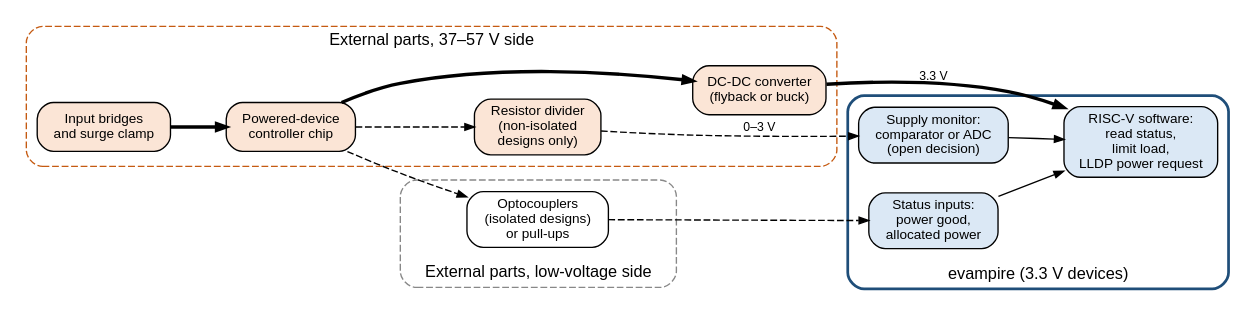
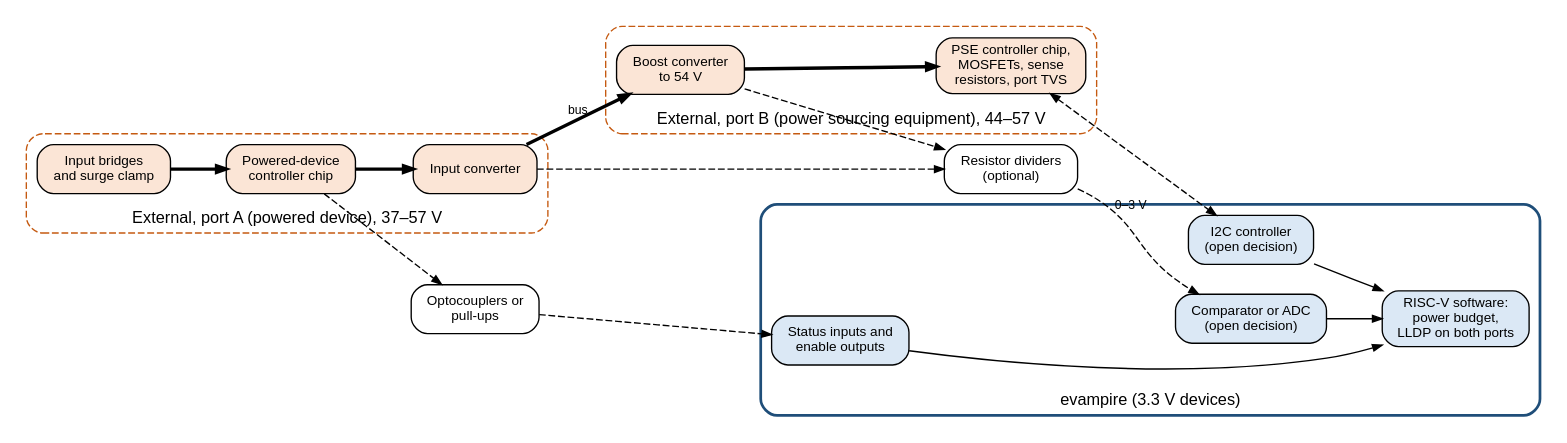
The diagram in docs/power/poe/split.dot (mithro/evampire), drawn with Graphviz before and after one commit. The commit also changed 3 other files, not shown here.

First line of the commit message:
Add power sourcing equipment and dual-role port diagrams

```diff
--- a/docs/power/poe/split.dot
+++ b/docs/power/poe/split.dot
@@ -1,45 +1,55 @@
 // Recommended split of Power over Ethernet functions between external
-// parts and evampire. Bold arrows: power. Dashed arrows: status signals.
+// parts and evampire, for both port roles. Bold arrows: power. Dashed
+// arrows: status and control.
 //
 // SPDX-License-Identifier: Apache-2.0
 
 digraph poe_split {
     graph [rankdir=LR, fontname="Helvetica", fontsize=12, nodesep=0.3,
            ranksep=0.55, newrank=true];
     node  [shape=box, style="rounded,filled", fillcolor="#f2f2f2",
            fontname="Helvetica", fontsize=10];
     edge  [fontname="Helvetica", fontsize=9, arrowsize=0.7];
 
-    subgraph cluster_hv {
-        label="External parts, 37–57 V side"; style="rounded,dashed";
-        color="#c55a11";
+    subgraph cluster_pd {
+        label="External, port A (powered device), 37–57 V";
+        labelloc="b"; style="rounded,dashed"; color="#c55a11";
         bridges [label="Input bridges\nand surge clamp", fillcolor="#fbe5d6"];
         pdc     [label="Powered-device\ncontroller chip", fillcolor="#fbe5d6"];
-        conv    [label="DC-DC converter\n(flyback or buck)", fillcolor="#fbe5d6"];
-        div     [label="Resistor divider\n(non-isolated\ndesigns only)", fillcolor="#fbe5d6"];
+        conv    [label="Input converter", fillcolor="#fbe5d6"];
     }
 
-    subgraph cluster_if {
-        label="External parts, low-voltage side"; labelloc="b"; style="rounded,dashed";
-        color="#888888";
-        opto [label="Optocouplers\n(isolated designs)\nor pull-ups", fillcolor="#ffffff"];
+    subgraph cluster_pse {
+        label="External, port B (power sourcing equipment), 44–57 V";
+        labelloc="b"; style="rounded,dashed"; color="#c55a11";
+        boost [label="Boost converter\nto 54 V", fillcolor="#fbe5d6"];
+        psec  [label="PSE controller chip,\nMOSFETs, sense\nresistors, port TVS", fillcolor="#fbe5d6"];
     }
+
+    div [label="Resistor dividers\n(optional)", fillcolor="#ffffff"];
+    opto [label="Optocouplers or\npull-ups", fillcolor="#ffffff"];
 
     subgraph cluster_chip {
         label="evampire (3.3 V devices)"; labelloc="b"; style="rounded,bold";
         color="#1f4e79";
-        gpio [label="Status inputs:\npower good,\nallocated power", fillcolor="#dbe8f5"];
-        adc  [label="Supply monitor:\ncomparator or ADC\n(open decision)", fillcolor="#dbe8f5"];
-        cpu  [label="RISC-V software:\nread status,\nlimit load,\nLLDP power request", fillcolor="#dbe8f5"];
+        gpio [label="Status inputs and\nenable outputs", fillcolor="#dbe8f5"];
+        i2c  [label="I2C controller\n(open decision)", fillcolor="#dbe8f5"];
+        adc  [label="Comparator or ADC\n(open decision)", fillcolor="#dbe8f5"];
+        cpu  [label="RISC-V software:\npower budget,\nLLDP on both ports", fillcolor="#dbe8f5"];
     }
 
-    bridges -> pdc  [penwidth=2.5];
-    pdc     -> conv [penwidth=2.5];
-    conv    -> cpu  [penwidth=2.5, label="3.3 V"];
-    pdc     -> opto [style=dashed];
-    opto    -> gpio [style=dashed];
-    pdc     -> div  [style=dashed];
-    div     -> adc  [style=dashed, label="0–3 V"];
-    gpio    -> cpu;
-    adc     -> cpu;
+    bridges -> pdc   [penwidth=2.5];
+    pdc     -> conv  [penwidth=2.5];
+    conv    -> boost [penwidth=2.5, label="bus"];
+    boost   -> psec  [penwidth=2.5];
+
+    pdc  -> opto [style=dashed];
+    opto -> gpio [style=dashed];
+    psec -> i2c  [style=dashed, dir=both];
+    conv -> div  [style=dashed];
+    boost -> div [style=dashed];
+    div  -> adc  [style=dashed, label="0–3 V"];
+    gpio -> cpu;
+    i2c  -> cpu;
+    adc  -> cpu;
 }
```
